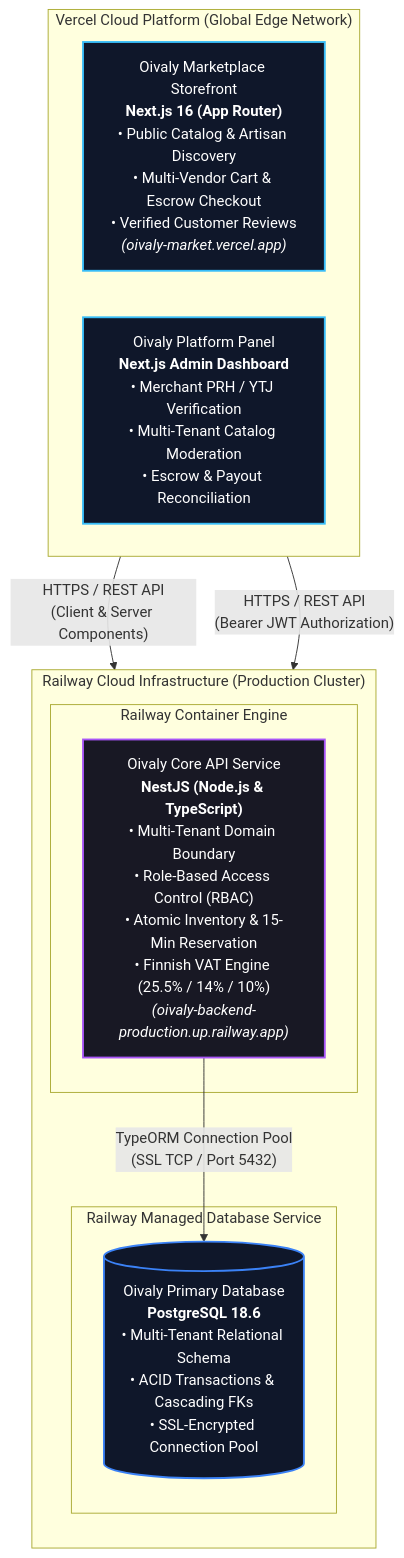
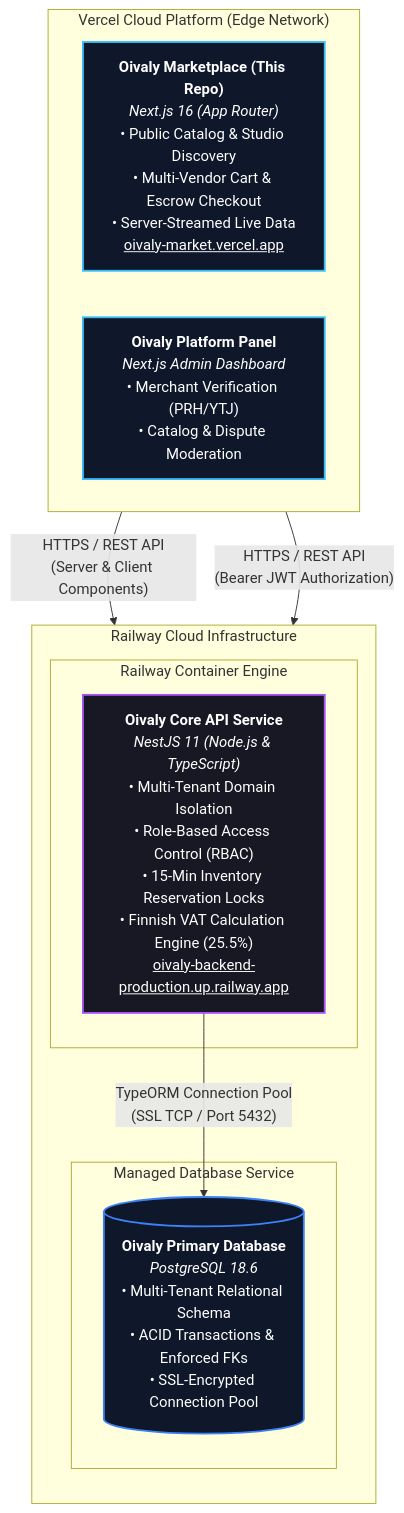
The diagram in README.md (virtanexlabs28/oivaly-frontend), drawn with Mermaid before and after one commit. The commit also changed other lines of this file, not shown here.

Commit message:
docs: enrich storefront README with live URLs, badges, 49 route directory and zero-demo architecture

````diff
--- a/README.md
+++ b/README.md
@@ -29,31 +45,31 @@
 ```mermaid
 flowchart TB
-    subgraph VERCEL["Vercel Cloud Platform (Global Edge Network)"]
+    subgraph VERCEL["Vercel Cloud Platform (Edge Network)"]
         direction LR
-        MKT["Oivaly Marketplace Storefront<br/><b>Next.js 16 (App Router)</b><br/>• Public Catalog & Artisan Discovery<br/>• Multi-Vendor Cart & Escrow Checkout<br/>• Verified Customer Reviews<br/><i>(oivaly-market.vercel.app)</i>"]
-        ADM["Oivaly Platform Panel<br/><b>Next.js Admin Dashboard</b><br/>• Merchant PRH / YTJ Verification<br/>• Multi-Tenant Catalog Moderation<br/>• Escrow & Payout Reconciliation"]
+        MKT["<b>Oivaly Marketplace (This Repo)</b><br/><i>Next.js 16 (App Router)</i><br/>• Public Catalog & Studio Discovery<br/>• Multi-Vendor Cart & Escrow Checkout<br/>• Server-Streamed Live Data<br/><u>oivaly-market.vercel.app</u>"]
+        ADM["<b>Oivaly Platform Panel</b><br/><i>Next.js Admin Dashboard</i><br/>• Merchant Verification (PRH/YTJ)<br/>• Catalog & Dispute Moderation"]
     end
 
-    subgraph RAILWAY["Railway Cloud Infrastructure (Production Cluster)"]
+    subgraph RAILWAY["Railway Cloud Infrastructure"]
         direction TB
         subgraph RAILWAY_API["Railway Container Engine"]
-            API["Oivaly Core API Service<br/><b>NestJS (Node.js & TypeScript)</b><br/>• Multi-Tenant Domain Boundary<br/>• Role-Based Access Control (RBAC)<br/>• Atomic Inventory & 15-Min Reservation<br/>• Finnish VAT Engine (25.5% / 14% / 10%)<br/><i>(oivaly-backend-production.up.railway.app)</i>"]
+            API["<b>Oivaly Core API Service</b><br/><i>NestJS 11 (Node.js & TypeScript)</i><br/>• Multi-Tenant Domain Isolation<br/>• Role-Based Access Control (RBAC)<br/>• 15-Min Inventory Reservation Locks<br/>• Finnish VAT Calculation Engine (25.5%)<br/><u>oivaly-backend-production.up.railway.app</u>"]
         end
 
-        subgraph RAILWAY_DB["Railway Managed Database Service"]
-            DB[("Oivaly Primary Database<br/><b>PostgreSQL 18.6</b><br/>• Multi-Tenant Relational Schema<br/>• ACID Transactions & Cascading FKs<br/>• SSL-Encrypted Connection Pool")]
+        subgraph RAILWAY_DB["Managed Database Service"]
+            DB[("<b>Oivaly Primary Database</b><br/><i>PostgreSQL 18.6</i><br/>• Multi-Tenant Relational Schema<br/>• ACID Transactions & Enforced FKs<br/>• SSL-Encrypted Connection Pool")]
         end
     end
 
-    MKT -->|"HTTPS / REST API<br/>(Client & Server Components)"| API
+    MKT -->|"HTTPS / REST API<br/>(Server & Client Components)"| API
     ADM -->|"HTTPS / REST API<br/>(Bearer JWT Authorization)"| API
     API -->|"TypeORM Connection Pool<br/>(SSL TCP / Port 5432)"| DB
 
     classDef vercelNode fill:#0f172a,stroke:#38bdf8,stroke-width:2px,color:#ffffff;
     classDef railwayNode fill:#181824,stroke:#a855f7,stroke-width:2px,color:#ffffff;
     classDef dbNode fill:#0f172a,stroke:#3b82f6,stroke-width:2px,color:#ffffff;
 
     class MKT,ADM vercelNode;
     class API railwayNode;
     class DB dbNode;
 ```
````
